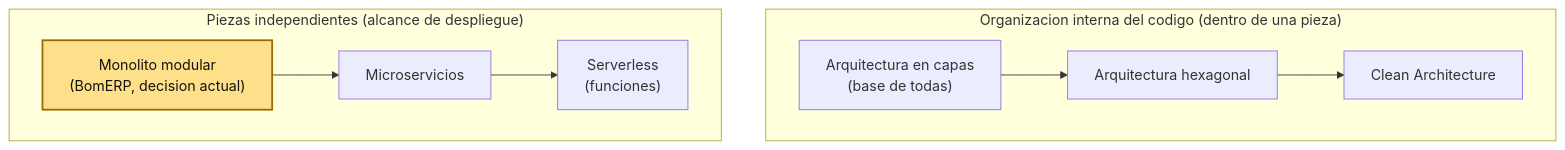
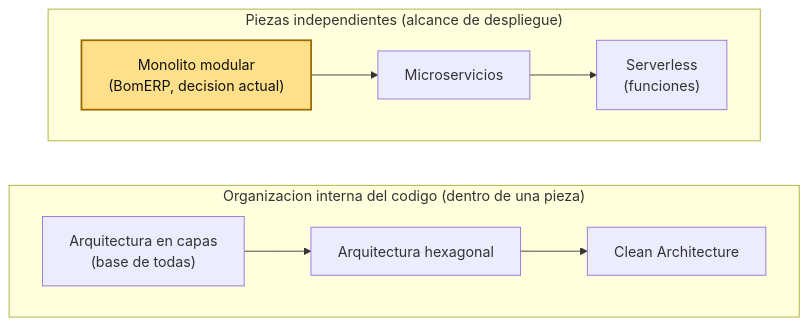
The third of 16 diagrams in docs/ads/sesiones/S04_Arquitecturas_Modernas.md (262ciclo4/bomerp), drawn with Mermaid before and after one commit. The commit also changed other lines of this file, not shown here.

````diff
--- a/docs/ads/sesiones/S04_Arquitecturas_Modernas.md
+++ b/docs/ads/sesiones/S04_Arquitecturas_Modernas.md
@@ -146,14 +146,14 @@
 ```mermaid
-flowchart TB
+flowchart LR
     subgraph Organizacion["Organizacion interna del codigo (dentro de una pieza)"]
         direction LR
         Capas["Arquitectura en capas<br/>(base de todas)"] --> Hex["Arquitectura hexagonal"] --> Clean["Clean Architecture"]
     end
     subgraph Alcance["Piezas independientes (alcance de despliegue)"]
         direction LR
         Mono["Monolito modular<br/>(BomERP, decision actual)"] --> Micro["Microservicios"] --> Server["Serverless<br/>(funciones)"]
     end
 
     classDef real fill:#ffe08a,stroke:#9a6b00,stroke-width:2px,color:#111;
     class Mono real;
 ```
````
